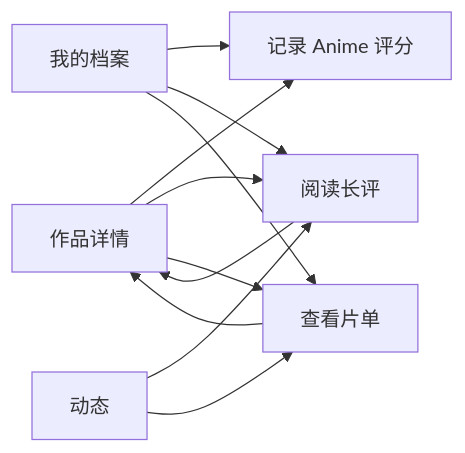
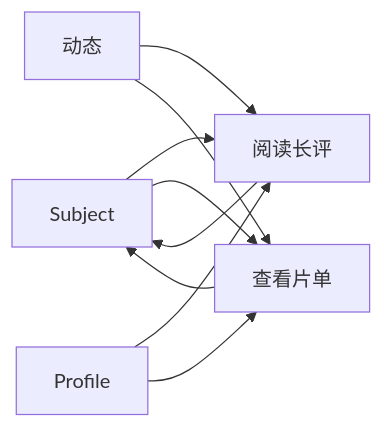
One commit to Sherlock-Holmos/anime changed the diagram in docs/frontend/features/community.md. Above: the diagram before and after it, drawn with Mermaid. The commit also changed other lines of this file and 26 other files, not shown here.

````diff
--- a/docs/frontend/features/community.md
+++ b/docs/frontend/features/community.md
@@ -29,13 +29,11 @@
 ```mermaid
 flowchart LR
-    Subject["作品详情"] --> Rating["记录 Anime 评分"]
     Subject --> Review["阅读长评"]
     Subject --> List["查看片单"]
     Activity["动态"] --> Review
     Activity --> List
-    Profile["我的档案"] --> Rating
     Profile --> Review
     Profile --> List
     Review --> Subject
     List --> Subject
 ```
````
